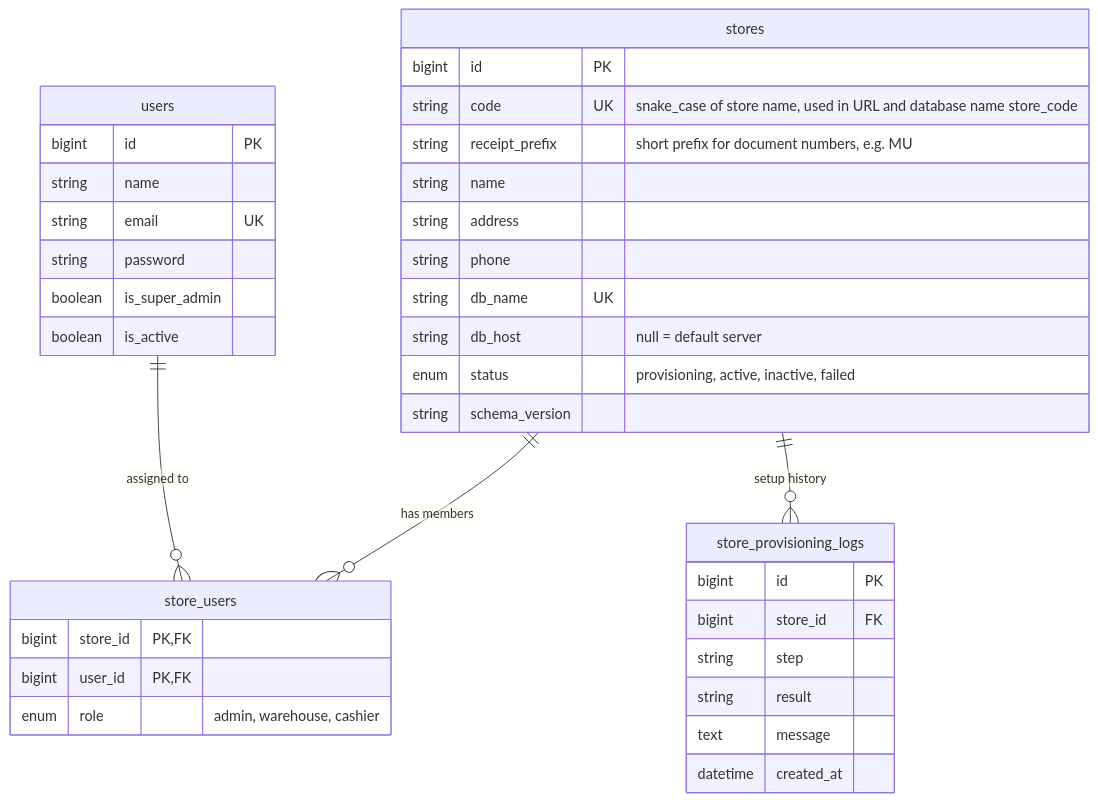
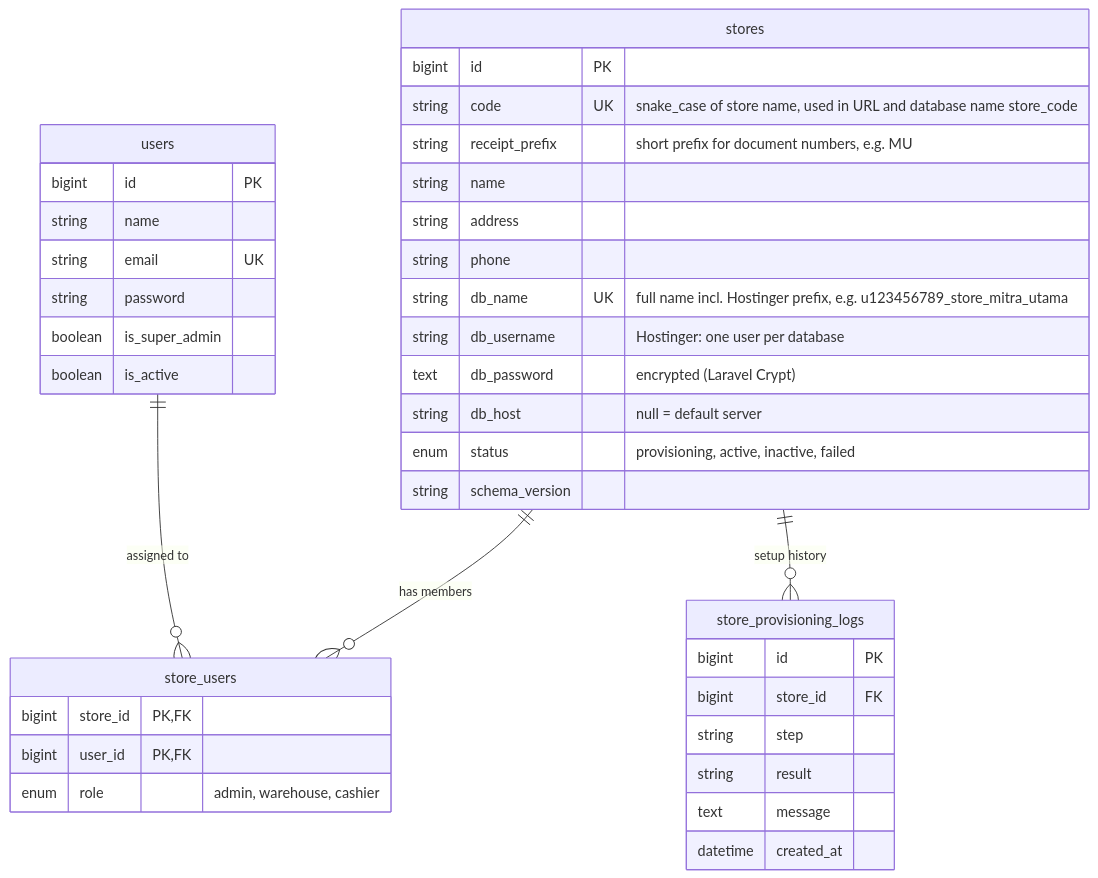
One commit to aliefpraditya/store-management changed diagram 20 of 28 in docs/analisis-sistem.md. Above: the diagram before and after it, drawn with Mermaid. The commit also changed other lines of this file and 118 other files, not shown here.

First line of the commit message:
Add Laravel + Inertia + Quasar app with store-path tenancy; go online-only

````diff
--- a/docs/analisis-sistem.md
+++ b/docs/analisis-sistem.md
@@ -909,40 +942,42 @@
 ```mermaid
 erDiagram
     users ||--o{ store_users : "assigned to"
     stores ||--o{ store_users : "has members"
     stores ||--o{ store_provisioning_logs : "setup history"
 
     users {
         bigint id PK
         string name
         string email UK
         string password
         boolean is_super_admin
         boolean is_active
     }
     stores {
         bigint id PK
         string code UK "snake_case of store name, used in URL and database name store_code"
         string receipt_prefix "short prefix for document numbers, e.g. MU"
         string name
         string address
         string phone
-        string db_name UK
+        string db_name UK "full name incl. Hostinger prefix, e.g. u123456789_store_mitra_utama"
+        string db_username "Hostinger: one user per database"
+        text db_password "encrypted (Laravel Crypt)"
         string db_host "null = default server"
         enum status "provisioning, active, inactive, failed"
         string schema_version
     }
     store_users {
         bigint store_id PK, FK
         bigint user_id PK, FK
         enum role "admin, warehouse, cashier"
     }
     store_provisioning_logs {
         bigint id PK
         bigint store_id FK
         string step
         string result
         text message
         datetime created_at
     }
 ```
````
